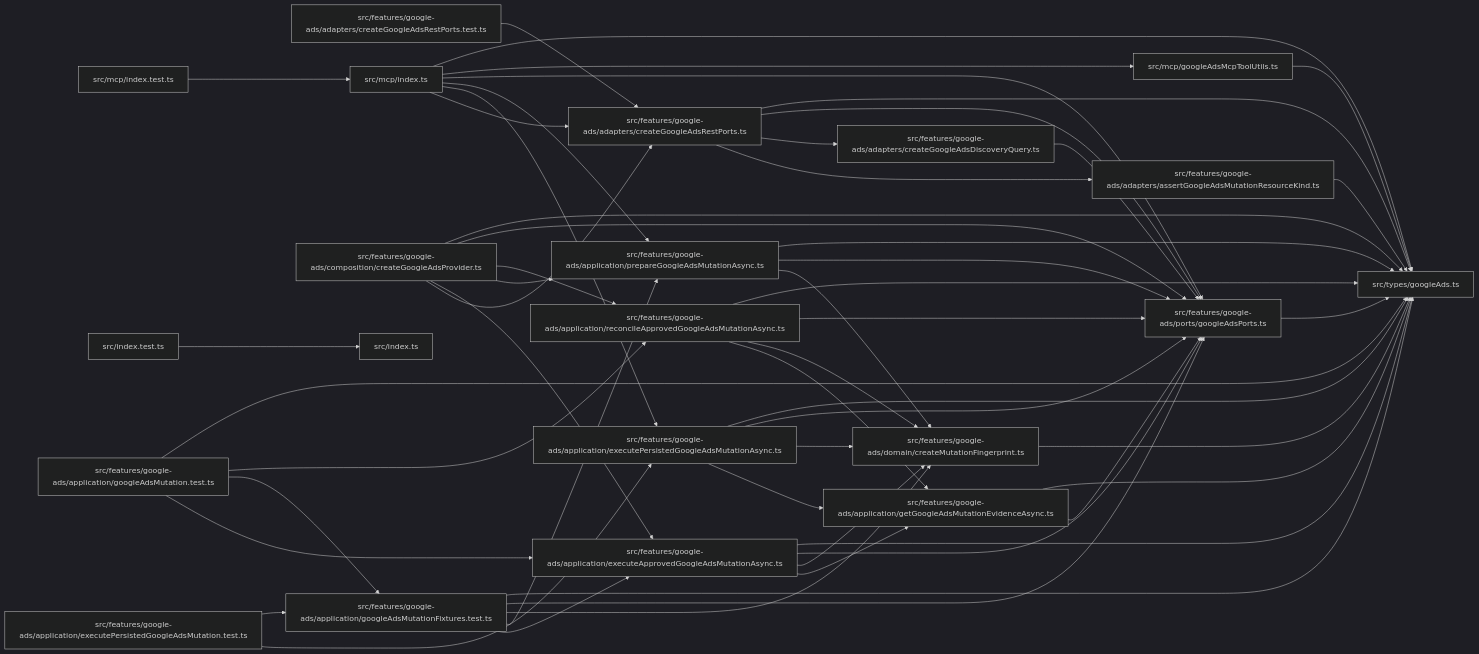
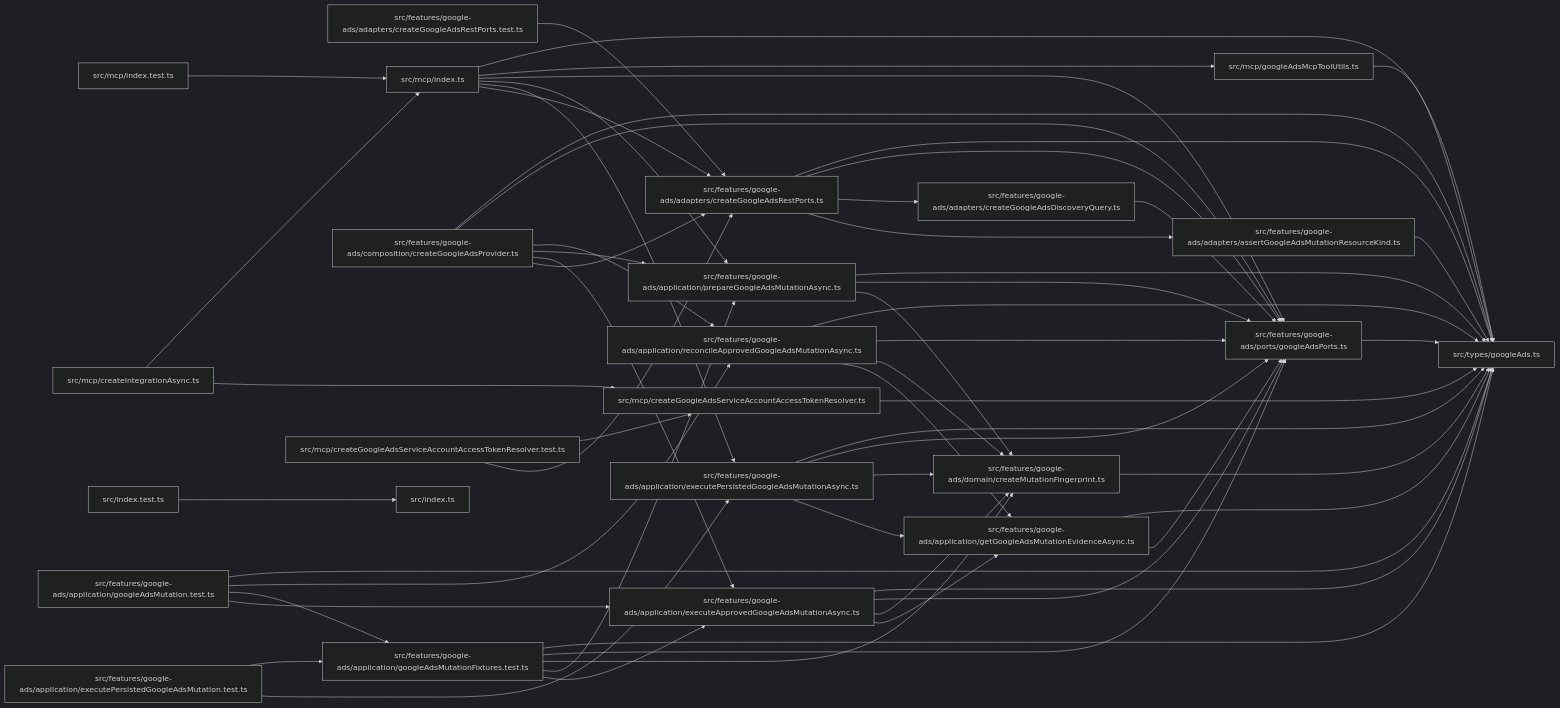
One commit to ankhorage/ads-google changed the diagram in paradox/diagrams/module-relationships.mmd. Above: the diagram before and after it, drawn with Mermaid (dark theme). The commit also changed 10 other files, not shown here.

```diff
--- a/paradox/diagrams/module-relationships.mmd
+++ b/paradox/diagrams/module-relationships.mmd
@@ -1,74 +1,82 @@
 graph LR
   module_src_features_google_ads_adapters_assertGoogleAdsMutationResourceKind_ts["src/features/google-ads/adapters/assertGoogleAdsMutationResourceKind.ts"]
   module_src_features_google_ads_adapters_createGoogleAdsDiscoveryQuery_ts["src/features/google-ads/adapters/createGoogleAdsDiscoveryQuery.ts"]
   module_src_features_google_ads_adapters_createGoogleAdsRestPorts_test_ts["src/features/google-ads/adapters/createGoogleAdsRestPorts.test.ts"]
   module_src_features_google_ads_adapters_createGoogleAdsRestPorts_ts["src/features/google-ads/adapters/createGoogleAdsRestPorts.ts"]
   module_src_features_google_ads_application_executeApprovedGoogleAdsMutationAsync_ts["src/features/google-ads/application/executeApprovedGoogleAdsMutationAsync.ts"]
   module_src_features_google_ads_application_executePersistedGoogleAdsMutation_test_ts["src/features/google-ads/application/executePersistedGoogleAdsMutation.test.ts"]
   module_src_features_google_ads_application_executePersistedGoogleAdsMutationAsync_ts["src/features/google-ads/application/executePersistedGoogleAdsMutationAsync.ts"]
   module_src_features_google_ads_application_getGoogleAdsMutationEvidenceAsync_ts["src/features/google-ads/application/getGoogleAdsMutationEvidenceAsync.ts"]
   module_src_features_google_ads_application_googleAdsMutation_test_ts["src/features/google-ads/application/googleAdsMutation.test.ts"]
   module_src_features_google_ads_application_googleAdsMutationFixtures_test_ts["src/features/google-ads/application/googleAdsMutationFixtures.test.ts"]
   module_src_features_google_ads_application_prepareGoogleAdsMutationAsync_ts["src/features/google-ads/application/prepareGoogleAdsMutationAsync.ts"]
   module_src_features_google_ads_application_reconcileApprovedGoogleAdsMutationAsync_ts["src/features/google-ads/application/reconcileApprovedGoogleAdsMutationAsync.ts"]
   module_src_features_google_ads_composition_createGoogleAdsProvider_ts["src/features/google-ads/composition/createGoogleAdsProvider.ts"]
   module_src_features_google_ads_domain_createMutationFingerprint_ts["src/features/google-ads/domain/createMutationFingerprint.ts"]
   module_src_features_google_ads_ports_googleAdsPorts_ts["src/features/google-ads/ports/googleAdsPorts.ts"]
   module_src_index_test_ts["src/index.test.ts"]
   module_src_index_ts["src/index.ts"]
+  module_src_mcp_createGoogleAdsServiceAccountAccessTokenResolver_test_ts["src/mcp/createGoogleAdsServiceAccountAccessTokenResolver.test.ts"]
+  module_src_mcp_createGoogleAdsServiceAccountAccessTokenResolver_ts["src/mcp/createGoogleAdsServiceAccountAccessTokenResolver.ts"]
+  module_src_mcp_createIntegrationAsync_ts["src/mcp/createIntegrationAsync.ts"]
   module_src_mcp_googleAdsMcpToolUtils_ts["src/mcp/googleAdsMcpToolUtils.ts"]
   module_src_mcp_index_test_ts["src/mcp/index.test.ts"]
   module_src_mcp_index_ts["src/mcp/index.ts"]
   module_src_types_googleAds_ts["src/types/googleAds.ts"]
   module_src_features_google_ads_adapters_assertGoogleAdsMutationResourceKind_ts --> module_src_types_googleAds_ts
   module_src_features_google_ads_adapters_createGoogleAdsDiscoveryQuery_ts --> module_src_features_google_ads_ports_googleAdsPorts_ts
   module_src_features_google_ads_adapters_createGoogleAdsRestPorts_test_ts --> module_src_features_google_ads_adapters_createGoogleAdsRestPorts_ts
   module_src_features_google_ads_adapters_createGoogleAdsRestPorts_ts --> module_src_features_google_ads_adapters_assertGoogleAdsMutationResourceKind_ts
   module_src_features_google_ads_adapters_createGoogleAdsRestPorts_ts --> module_src_features_google_ads_adapters_createGoogleAdsDiscoveryQuery_ts
   module_src_features_google_ads_adapters_createGoogleAdsRestPorts_ts --> module_src_features_google_ads_ports_googleAdsPorts_ts
   module_src_features_google_ads_adapters_createGoogleAdsRestPorts_ts --> module_src_types_googleAds_ts
   module_src_features_google_ads_application_executeApprovedGoogleAdsMutationAsync_ts --> module_src_features_google_ads_application_getGoogleAdsMutationEvidenceAsync_ts
   module_src_features_google_ads_application_executeApprovedGoogleAdsMutationAsync_ts --> module_src_features_google_ads_domain_createMutationFingerprint_ts
   module_src_features_google_ads_application_executeApprovedGoogleAdsMutationAsync_ts --> module_src_features_google_ads_ports_googleAdsPorts_ts
   module_src_features_google_ads_application_executeApprovedGoogleAdsMutationAsync_ts --> module_src_types_googleAds_ts
   module_src_features_google_ads_application_executePersistedGoogleAdsMutation_test_ts --> module_src_features_google_ads_application_executePersistedGoogleAdsMutationAsync_ts
   module_src_features_google_ads_application_executePersistedGoogleAdsMutation_test_ts --> module_src_features_google_ads_application_googleAdsMutationFixtures_test_ts
   module_src_features_google_ads_application_executePersistedGoogleAdsMutationAsync_ts --> module_src_features_google_ads_application_getGoogleAdsMutationEvidenceAsync_ts
   module_src_features_google_ads_application_executePersistedGoogleAdsMutationAsync_ts --> module_src_features_google_ads_domain_createMutationFingerprint_ts
   module_src_features_google_ads_application_executePersistedGoogleAdsMutationAsync_ts --> module_src_features_google_ads_ports_googleAdsPorts_ts
   module_src_features_google_ads_application_executePersistedGoogleAdsMutationAsync_ts --> module_src_types_googleAds_ts
   module_src_features_google_ads_application_getGoogleAdsMutationEvidenceAsync_ts --> module_src_features_google_ads_ports_googleAdsPorts_ts
   module_src_features_google_ads_application_getGoogleAdsMutationEvidenceAsync_ts --> module_src_types_googleAds_ts
   module_src_features_google_ads_application_googleAdsMutation_test_ts --> module_src_features_google_ads_application_executeApprovedGoogleAdsMutationAsync_ts
   module_src_features_google_ads_application_googleAdsMutation_test_ts --> module_src_features_google_ads_application_googleAdsMutationFixtures_test_ts
   module_src_features_google_ads_application_googleAdsMutation_test_ts --> module_src_features_google_ads_application_reconcileApprovedGoogleAdsMutationAsync_ts
   module_src_features_google_ads_application_googleAdsMutation_test_ts --> module_src_types_googleAds_ts
   module_src_features_google_ads_application_googleAdsMutationFixtures_test_ts --> module_src_features_google_ads_application_executeApprovedGoogleAdsMutationAsync_ts
   module_src_features_google_ads_application_googleAdsMutationFixtures_test_ts --> module_src_features_google_ads_application_prepareGoogleAdsMutationAsync_ts
   module_src_features_google_ads_application_googleAdsMutationFixtures_test_ts --> module_src_features_google_ads_domain_createMutationFingerprint_ts
   module_src_features_google_ads_application_googleAdsMutationFixtures_test_ts --> module_src_features_google_ads_ports_googleAdsPorts_ts
   module_src_features_google_ads_application_googleAdsMutationFixtures_test_ts --> module_src_types_googleAds_ts
   module_src_features_google_ads_application_prepareGoogleAdsMutationAsync_ts --> module_src_features_google_ads_domain_createMutationFingerprint_ts
   module_src_features_google_ads_application_prepareGoogleAdsMutationAsync_ts --> module_src_features_google_ads_ports_googleAdsPorts_ts
   module_src_features_google_ads_application_prepareGoogleAdsMutationAsync_ts --> module_src_types_googleAds_ts
   module_src_features_google_ads_application_reconcileApprovedGoogleAdsMutationAsync_ts --> module_src_features_google_ads_application_getGoogleAdsMutationEvidenceAsync_ts
   module_src_features_google_ads_application_reconcileApprovedGoogleAdsMutationAsync_ts --> module_src_features_google_ads_domain_createMutationFingerprint_ts
   module_src_features_google_ads_application_reconcileApprovedGoogleAdsMutationAsync_ts --> module_src_features_google_ads_ports_googleAdsPorts_ts
   module_src_features_google_ads_application_reconcileApprovedGoogleAdsMutationAsync_ts --> module_src_types_googleAds_ts
   module_src_features_google_ads_composition_createGoogleAdsProvider_ts --> module_src_features_google_ads_adapters_createGoogleAdsRestPorts_ts
   module_src_features_google_ads_composition_createGoogleAdsProvider_ts --> module_src_features_google_ads_application_executeApprovedGoogleAdsMutationAsync_ts
   module_src_features_google_ads_composition_createGoogleAdsProvider_ts --> module_src_features_google_ads_application_prepareGoogleAdsMutationAsync_ts
   module_src_features_google_ads_composition_createGoogleAdsProvider_ts --> module_src_features_google_ads_application_reconcileApprovedGoogleAdsMutationAsync_ts
   module_src_features_google_ads_composition_createGoogleAdsProvider_ts --> module_src_features_google_ads_ports_googleAdsPorts_ts
   module_src_features_google_ads_composition_createGoogleAdsProvider_ts --> module_src_types_googleAds_ts
   module_src_features_google_ads_domain_createMutationFingerprint_ts --> module_src_types_googleAds_ts
   module_src_features_google_ads_ports_googleAdsPorts_ts --> module_src_types_googleAds_ts
   module_src_index_test_ts --> module_src_index_ts
+  module_src_mcp_createGoogleAdsServiceAccountAccessTokenResolver_test_ts --> module_src_features_google_ads_adapters_createGoogleAdsRestPorts_ts
+  module_src_mcp_createGoogleAdsServiceAccountAccessTokenResolver_test_ts --> module_src_mcp_createGoogleAdsServiceAccountAccessTokenResolver_ts
+  module_src_mcp_createGoogleAdsServiceAccountAccessTokenResolver_ts --> module_src_types_googleAds_ts
+  module_src_mcp_createIntegrationAsync_ts --> module_src_mcp_createGoogleAdsServiceAccountAccessTokenResolver_ts
+  module_src_mcp_createIntegrationAsync_ts --> module_src_mcp_index_ts
   module_src_mcp_googleAdsMcpToolUtils_ts --> module_src_types_googleAds_ts
   module_src_mcp_index_test_ts --> module_src_mcp_index_ts
   module_src_mcp_index_ts --> module_src_features_google_ads_adapters_createGoogleAdsRestPorts_ts
   module_src_mcp_index_ts --> module_src_features_google_ads_application_executePersistedGoogleAdsMutationAsync_ts
   module_src_mcp_index_ts --> module_src_features_google_ads_application_prepareGoogleAdsMutationAsync_ts
   module_src_mcp_index_ts --> module_src_features_google_ads_ports_googleAdsPorts_ts
   module_src_mcp_index_ts --> module_src_mcp_googleAdsMcpToolUtils_ts
   module_src_mcp_index_ts --> module_src_types_googleAds_ts
```
